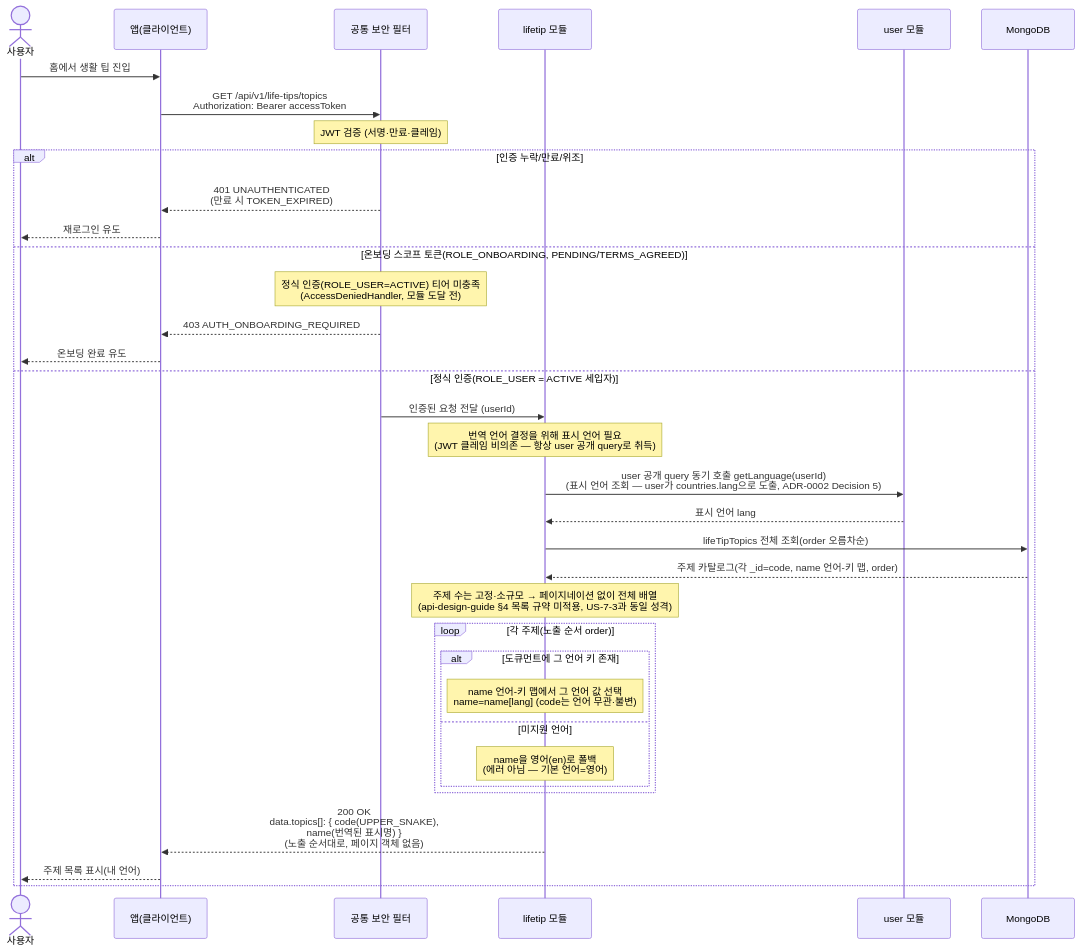
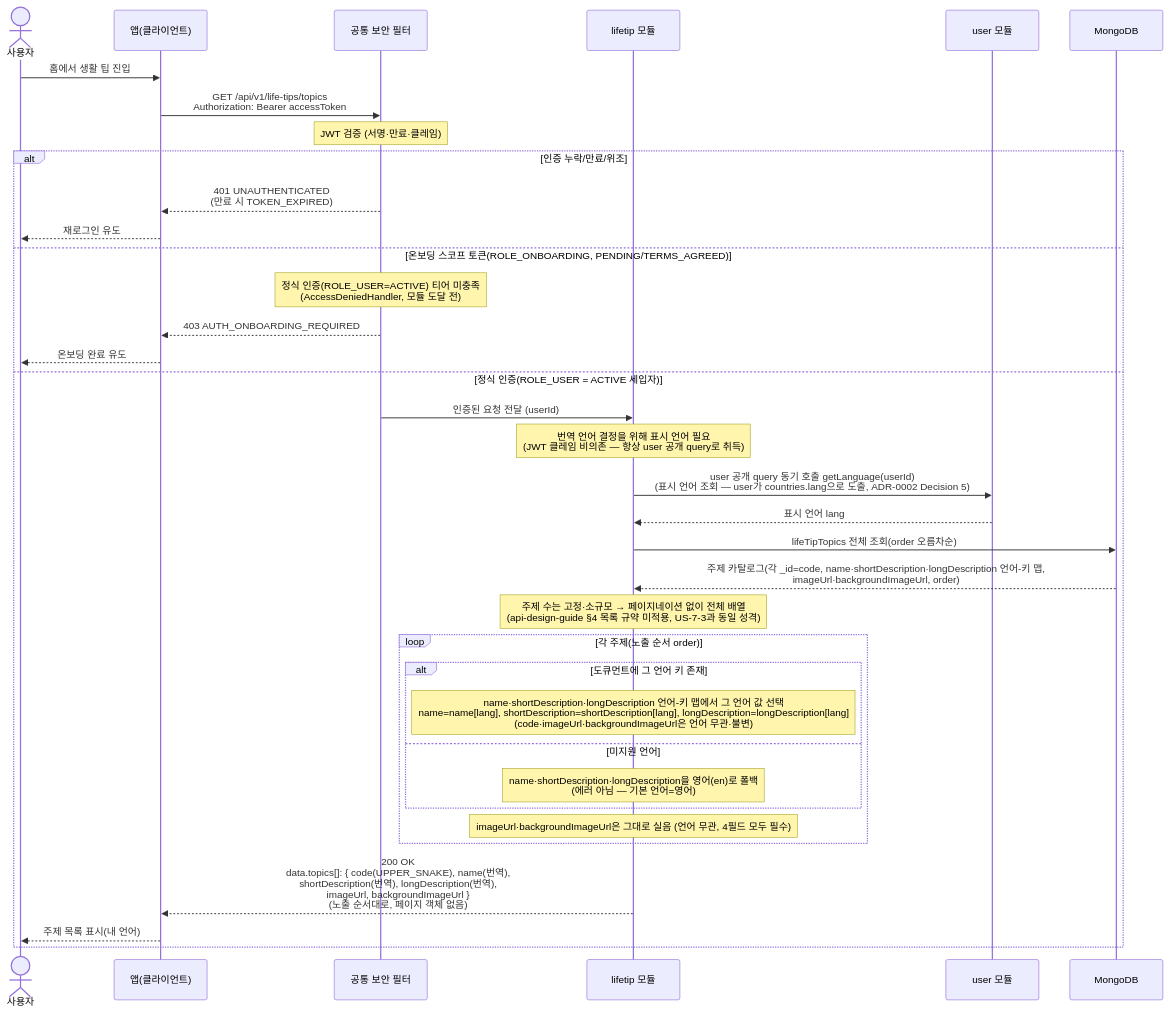
Before and after one commit to jameskim9509/Kohere-backend: the diagram in docs/architecture/sequence-diagrams/08-life-tips/us-8-1-topics.md, drawn with Mermaid. The commit also changed other lines of this file and 6 other files, not shown here.

````diff
--- a/docs/architecture/sequence-diagrams/08-life-tips/us-8-1-topics.md
+++ b/docs/architecture/sequence-diagrams/08-life-tips/us-8-1-topics.md
@@ -5,39 +5,40 @@
 ```mermaid
 sequenceDiagram
     actor U as 사용자
     participant C as 앱(클라이언트)
     participant SEC as 공통 보안 필터
     participant TIP as lifetip 모듈
     participant USER as user 모듈
     participant DB as MongoDB
 
     U->>C: 홈에서 생활 팁 진입
     C->>SEC: GET /api/v1/life-tips/topics<br/>Authorization: Bearer accessToken
     Note over SEC: JWT 검증 (서명·만료·클레임)
 
     alt 인증 누락/만료/위조
         SEC-->>C: 401 UNAUTHENTICATED<br/>(만료 시 TOKEN_EXPIRED)
         C-->>U: 재로그인 유도
     else 온보딩 스코프 토큰(ROLE_ONBOARDING, PENDING/TERMS_AGREED)
         Note over SEC: 정식 인증(ROLE_USER=ACTIVE) 티어 미충족<br/>(AccessDeniedHandler, 모듈 도달 전)
         SEC-->>C: 403 AUTH_ONBOARDING_REQUIRED
         C-->>U: 온보딩 완료 유도
     else 정식 인증(ROLE_USER = ACTIVE 세입자)
         SEC->>TIP: 인증된 요청 전달 (userId)
         Note over TIP: 번역 언어 결정을 위해 표시 언어 필요<br/>(JWT 클레임 비의존 — 항상 user 공개 query로 취득)
         TIP->>USER: user 공개 query 동기 호출 getLanguage(userId)<br/>(표시 언어 조회 — user가 countries.lang으로 도출, ADR-0002 Decision 5)
         USER-->>TIP: 표시 언어 lang
         TIP->>DB: lifeTipTopics 전체 조회(order 오름차순)
-        DB-->>TIP: 주제 카탈로그(각 _id=code, name 언어-키 맵, order)
+        DB-->>TIP: 주제 카탈로그(각 _id=code, name·shortDescription·longDescription 언어-키 맵,<br/>imageUrl·backgroundImageUrl, order)
         Note over TIP: 주제 수는 고정·소규모 → 페이지네이션 없이 전체 배열<br/>(api-design-guide §4 목록 규약 미적용, US-7-3과 동일 성격)
         loop 각 주제(노출 순서 order)
             alt 도큐먼트에 그 언어 키 존재
-                Note over TIP: name 언어-키 맵에서 그 언어 값 선택<br/>name=name[lang] (code는 언어 무관·불변)
+                Note over TIP: name·shortDescription·longDescription 언어-키 맵에서 그 언어 값 선택<br/>name=name[lang], shortDescription=shortDescription[lang], longDescription=longDescription[lang]<br/>(code·imageUrl·backgroundImageUrl은 언어 무관·불변)
             else 미지원 언어
-                Note over TIP: name을 영어(en)로 폴백<br/>(에러 아님 — 기본 언어=영어)
+                Note over TIP: name·shortDescription·longDescription을 영어(en)로 폴백<br/>(에러 아님 — 기본 언어=영어)
             end
+            Note over TIP: imageUrl·backgroundImageUrl은 그대로 실음 (언어 무관, 4필드 모두 필수)
         end
-        TIP-->>C: 200 OK<br/>data.topics[]: { code(UPPER_SNAKE),<br/>name(번역된 표시명) }<br/>(노출 순서대로, 페이지 객체 없음)
+        TIP-->>C: 200 OK<br/>data.topics[]: { code(UPPER_SNAKE), name(번역),<br/>shortDescription(번역), longDescription(번역),<br/>imageUrl, backgroundImageUrl }<br/>(노출 순서대로, 페이지 객체 없음)
         C-->>U: 주제 목록 표시(내 언어)
     end
 ```
````
